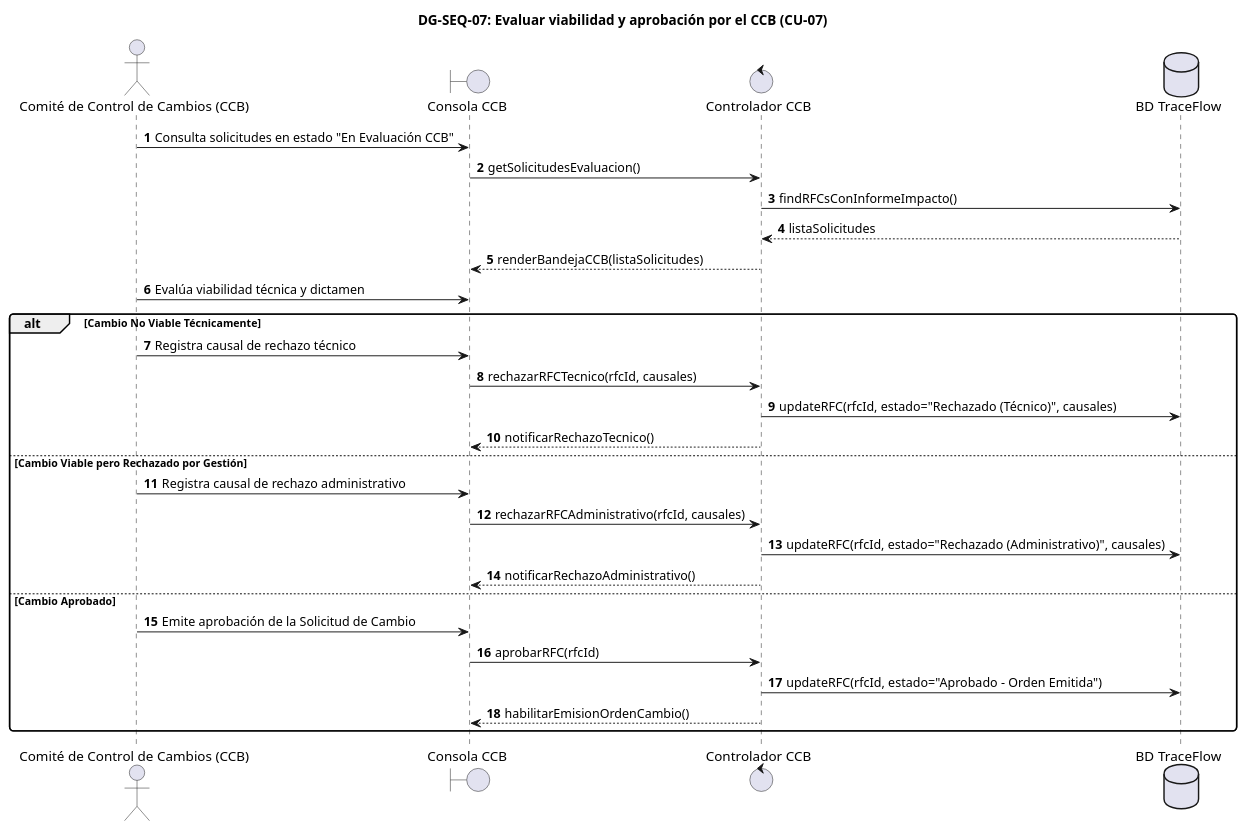
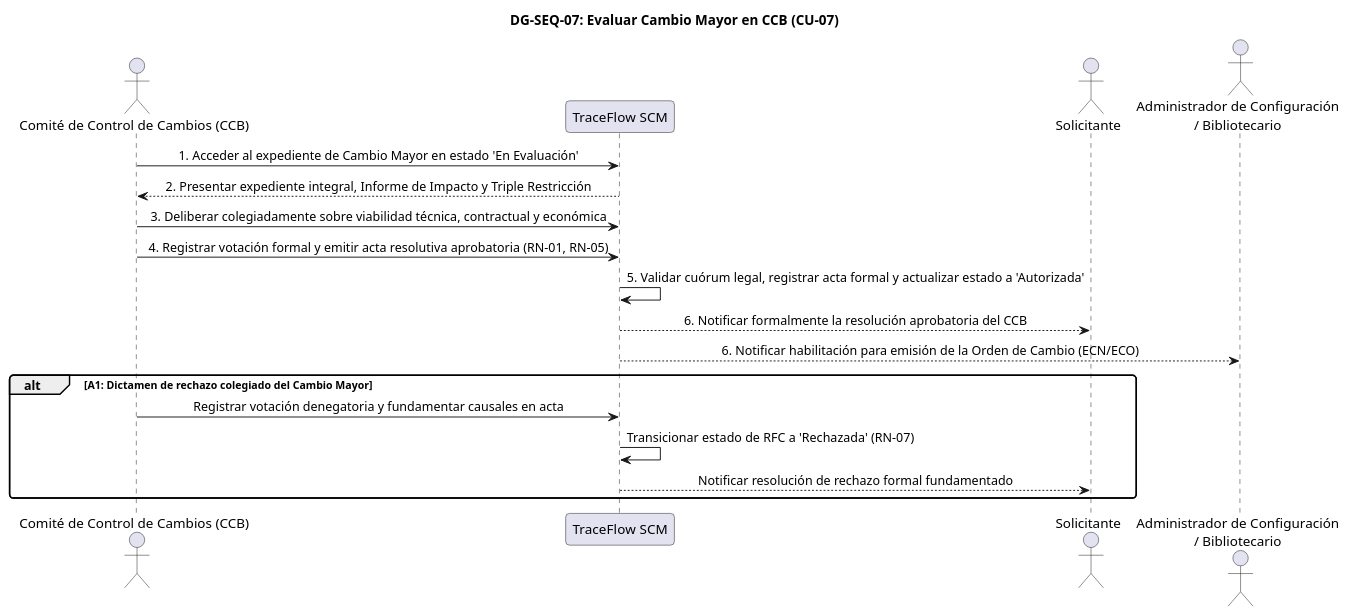
Before and after one commit to JMedina255/TraceFlow: diagram 20 of 44 in FD03-EPIS-Informe_SRS.md, drawn with PlantUML. The commit also changed other lines of this file and 2 other files, not shown here.

First line of the commit message:
docs(diagrams): refactorizar diagramas de secuencia DG-SEQ-01 a DG-SEQ-30 a nivel de analisis 1:1

````diff
--- a/FD03-EPIS-Informe_SRS.md
+++ b/FD03-EPIS-Informe_SRS.md
@@ -4341,39 +4369,30 @@
 ```plantuml
-@startuml
+@startuml DG-SEQ-07
 skinparam shadowing false
 skinparam roundcorner 8
 skinparam defaultFontName Arial
-autonumber
+skinparam sequenceMessageAlign center
 
-title <b>DG-SEQ-07: Evaluar viabilidad y aprobación por el CCB (CU-07)</b>
+title <b>DG-SEQ-07: Evaluar Cambio Mayor en CCB (CU-07)</b>
 
-actor "Comité de Control de Cambios (CCB)" as ACT
-boundary "Consola CCB" as UI
-control "Controlador CCB" as CTRL
-database "BD TraceFlow" as DB
+actor "Comité de Control de Cambios (CCB)" as CCB
+participant "TraceFlow SCM" as Sistema
+actor "Solicitante" as Solicitante
+actor "Administrador de Configuración\n/ Bibliotecario" as Admin
 
-ACT -> UI : Consulta solicitudes en estado "En Evaluación CCB"
-UI -> CTRL : getSolicitudesEvaluacion()
-CTRL -> DB : findRFCsConInformeImpacto()
-DB --> CTRL : listaSolicitudes
-CTRL --> UI : renderBandejaCCB(listaSolicitudes)
+CCB -> Sistema: 1. Acceder al expediente de Cambio Mayor en estado 'En Evaluación'
+Sistema --> CCB: 2. Presentar expediente integral, Informe de Impacto y Triple Restricción
+CCB -> Sistema: 3. Deliberar colegiadamente sobre viabilidad técnica, contractual y económica
+CCB -> Sistema: 4. Registrar votación formal y emitir acta resolutiva aprobatoria (RN-01, RN-05)
+Sistema -> Sistema: 5. Validar cuórum legal, registrar acta formal y actualizar estado a 'Autorizada'
+Sistema --> Solicitante: 6. Notificar formalmente la resolución aprobatoria del CCB
+Sistema --> Admin: 6. Notificar habilitación para emisión de la Orden de Cambio (ECN/ECO)
 
-ACT -> UI : Evalúa viabilidad técnica y dictamen
-alt Cambio No Viable Técnicamente
-    ACT -> UI : Registra causal de rechazo técnico
-    UI -> CTRL : rechazarRFCTecnico(rfcId, causales)
-    CTRL -> DB : updateRFC(rfcId, estado="Rechazado (Técnico)", causales)
-    CTRL --> UI : notificarRechazoTecnico()
-else Cambio Viable pero Rechazado por Gestión
-    ACT -> UI : Registra causal de rechazo administrativo
-    UI -> CTRL : rechazarRFCAdministrativo(rfcId, causales)
-    CTRL -> DB : updateRFC(rfcId, estado="Rechazado (Administrativo)", causales)
-    CTRL --> UI : notificarRechazoAdministrativo()
-else Cambio Aprobado
-    ACT -> UI : Emite aprobación de la Solicitud de Cambio
-    UI -> CTRL : aprobarRFC(rfcId)
-    CTRL -> DB : updateRFC(rfcId, estado="Aprobado - Orden Emitida")
-    CTRL --> UI : habilitarEmisionOrdenCambio()
+alt A1: Dictamen de rechazo colegiado del Cambio Mayor
+  CCB -> Sistema: Registrar votación denegatoria y fundamentar causales en acta
+  Sistema -> Sistema: Transicionar estado de RFC a 'Rechazada' (RN-07)
+  Sistema --> Solicitante: Notificar resolución de rechazo formal fundamentado
 end
+
 @enduml
 ```
````
